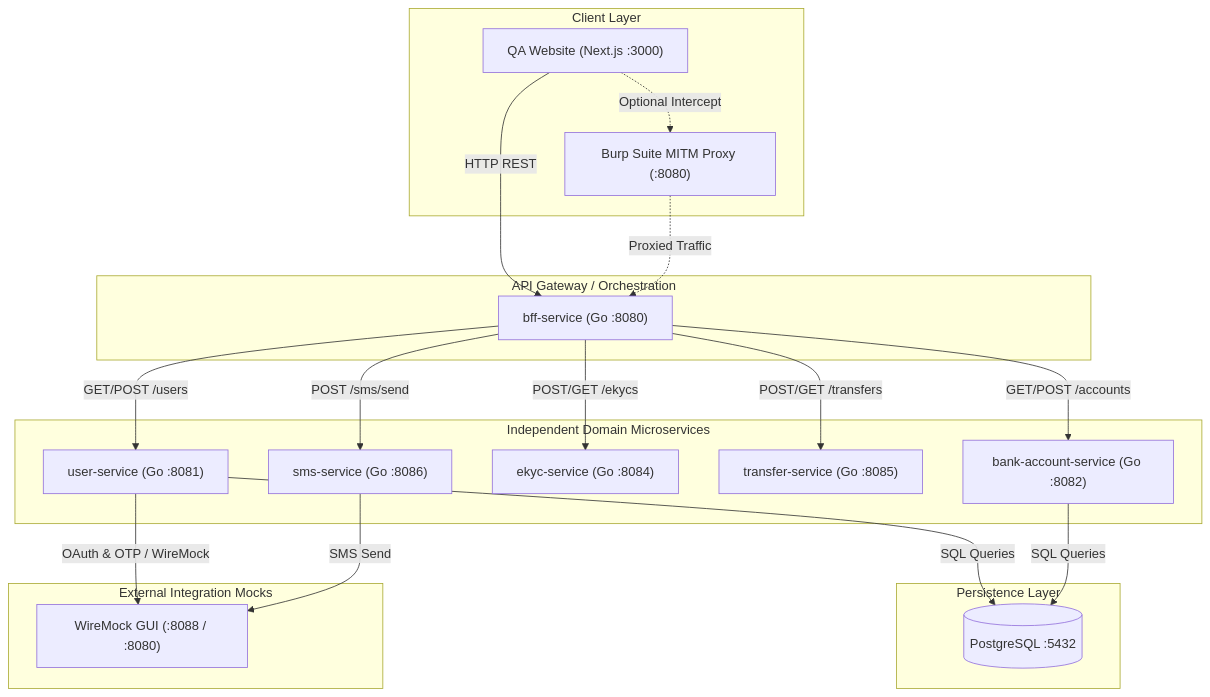
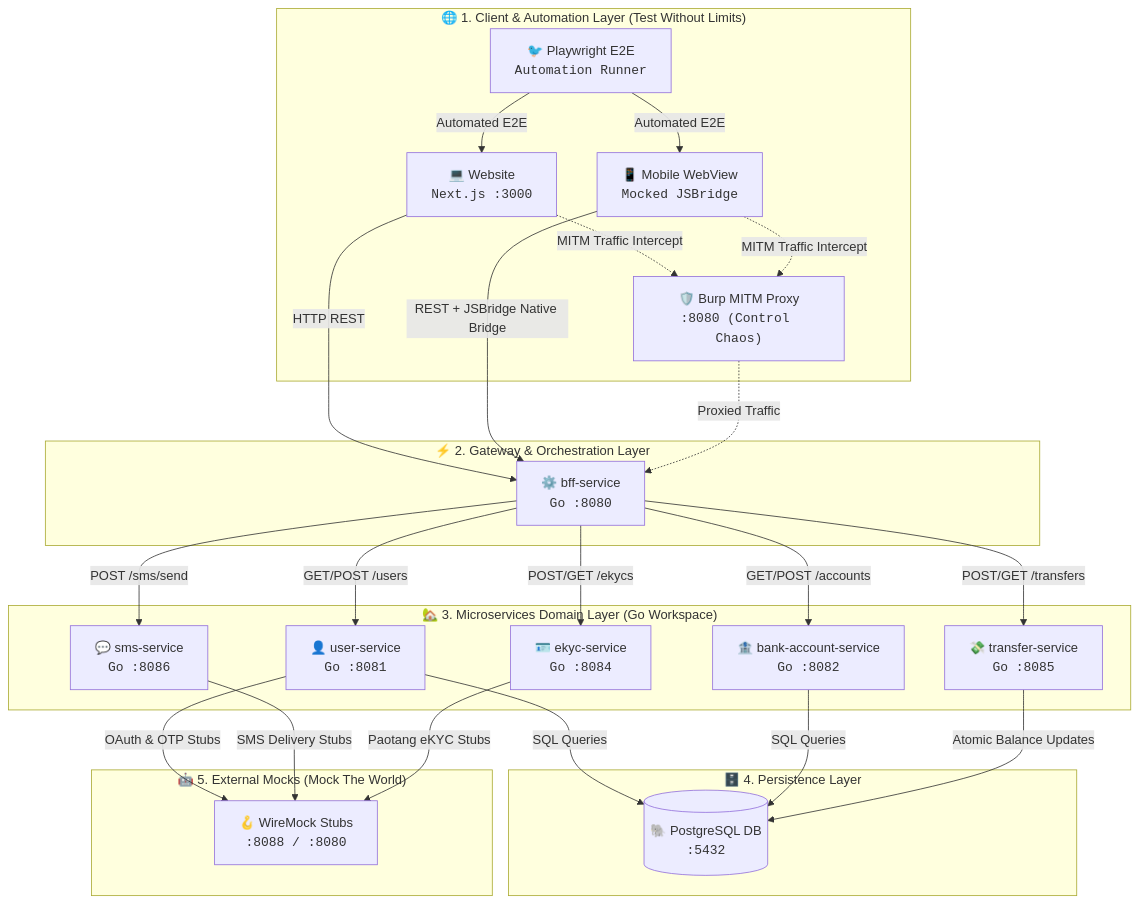
The diagram in README.md (SiwakornSitti/ultra-smoooooth-testing), drawn with Mermaid before and after one commit. The commit also changed other lines of this file and 37 other files, not shown here.

Commit message:
feat: add standalone otp-service and paotang-service core microservices with WireMock proxy integration and topology docs

````diff
--- a/README.md
+++ b/README.md
@@ -15,43 +17,51 @@
 ```mermaid
 flowchart TD
-    subgraph Clients["Client Layer"]
-        Website["QA Website (Next.js :3000)"]
-        Burp["Burp Suite MITM Proxy (:8080)"]
+    subgraph Clients["🌐 1. Client & Automation Layer (Test Without Limits)"]
+        Website["💻 Website<br/><code>Next.js :3000</code>"]
+        BridgeWebsite["📱 Mobile WebView<br/><code>Mocked JSBridge</code>"]
+        Playwright["🐦 Playwright E2E<br/><code>Automation Runner</code>"]
+        Burp["🛡️ Burp MITM Proxy<br/><code>:8080 (Control Chaos)</code>"]
     end
 
-    subgraph API_Gateway["API Gateway / Orchestration"]
-        BFF["bff-service (Go :8080)"]
+    subgraph API_Gateway["⚡ 2. Gateway & Orchestration Layer"]
+        BFF["⚙️ bff-service<br/><code>Go :8080</code>"]
     end
 
-    subgraph Core_Services["Independent Domain Microservices"]
-        UserService["user-service (Go :8081)"]
-        BankService["bank-account-service (Go :8082)"]
-        EKYCService["ekyc-service (Go :8084)"]
-        TransferService["transfer-service (Go :8085)"]
-        SMSService["sms-service (Go :8086)"]
+    subgraph Core_Services["🏡 3. Microservices Domain Layer (Go Workspace)"]
+        UserService["👤 user-service<br/><code>Go :8081</code>"]
+        BankService["🏦 bank-account-service<br/><code>Go :8082</code>"]
+        EKYCService["🪪 ekyc-service<br/><code>Go :8084</code>"]
+        TransferService["💸 transfer-service<br/><code>Go :8085</code>"]
+        SMSService["💬 sms-service<br/><code>Go :8086</code>"]
     end
 
-    subgraph Persistence["Persistence Layer"]
-        DB[(PostgreSQL :5432)]
+    subgraph Persistence["🗄️ 4. Persistence Layer"]
+        DB[("🐘 PostgreSQL DB<br/><code>:5432</code>")]
     end
 
-    subgraph External_Mocks["External Integration Mocks"]
-        WireMock["WireMock GUI (:8088 / :8080)"]
+    subgraph External_Mocks["🤖 5. External Mocks (Mock The World)"]
+        WireMock["🪝 WireMock Stubs<br/><code>:8088 / :8080</code>"]
     end
 
     Website -->|HTTP REST| BFF
-    Website -.->|Optional Intercept| Burp
+    BridgeWebsite -->|REST + JSBridge Native Bridge| BFF
+    Playwright -->|Automated E2E| Website
+    Playwright -->|Automated E2E| BridgeWebsite
+    Website -.->|MITM Traffic Intercept| Burp
+    BridgeWebsite -.->|MITM Traffic Intercept| Burp
     Burp -.->|Proxied Traffic| BFF
 
     BFF -->|GET/POST /users| UserService
     BFF -->|GET/POST /accounts| BankService
     BFF -->|POST/GET /ekycs| EKYCService
     BFF -->|POST/GET /transfers| TransferService
     BFF -->|POST /sms/send| SMSService
 
     UserService -->|SQL Queries| DB
     BankService -->|SQL Queries| DB
+    TransferService -->|Atomic Balance Updates| DB
 
-    UserService -->|OAuth & OTP / WireMock| WireMock
-    SMSService -->|SMS Send| WireMock
+    UserService -->|OAuth & OTP Stubs| WireMock
+    SMSService -->|SMS Delivery Stubs| WireMock
+    EKYCService -->|Paotang eKYC Stubs| WireMock
 ```
````
